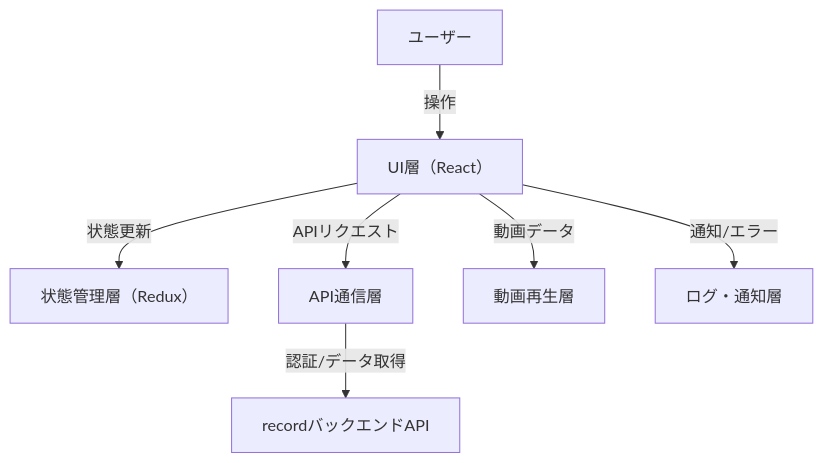
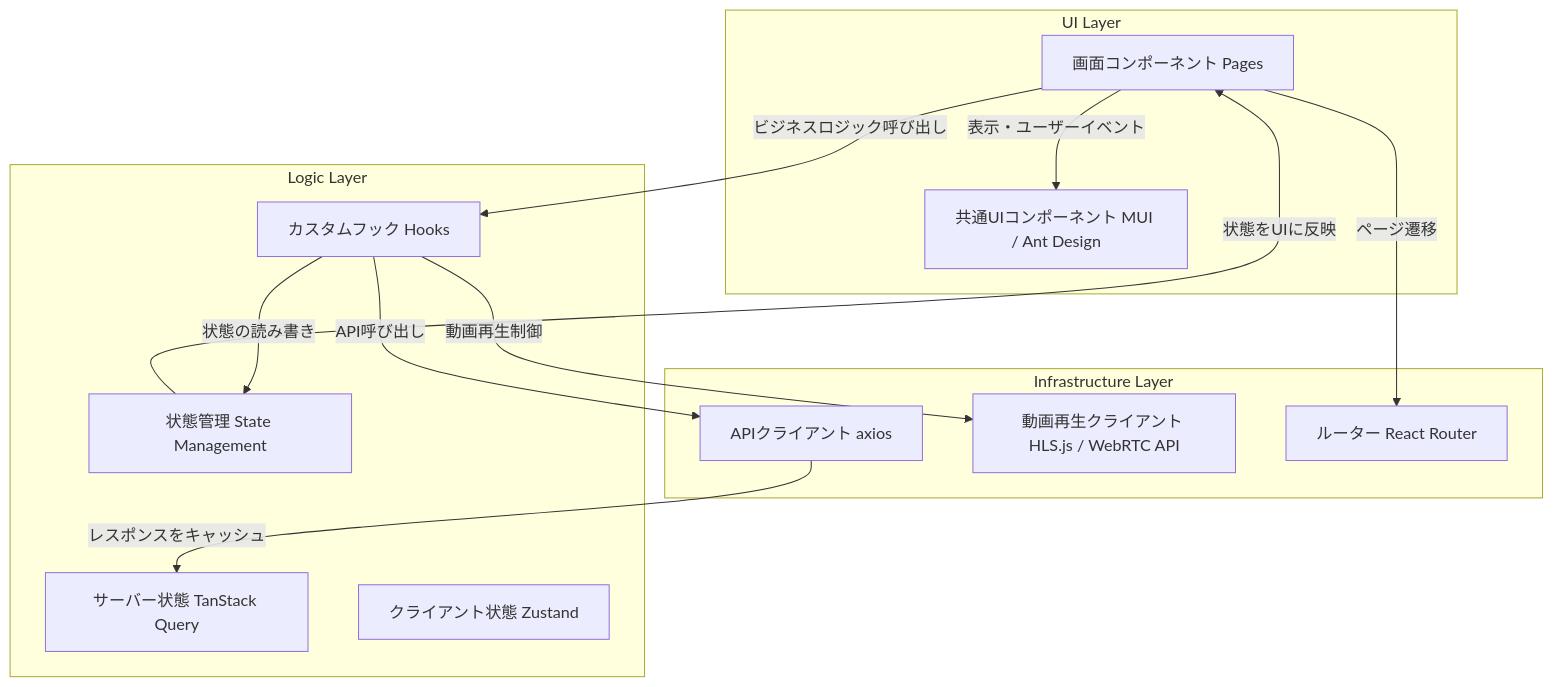
The second of 4 diagrams in src/frontend/docs/0020_基本設計書.md (daichiTAAA/EgocentricVision), drawn with Mermaid before and after one commit. The commit also changed other lines of this file, not shown here.

````diff
--- a/src/frontend/docs/0020_基本設計書.md
+++ b/src/frontend/docs/0020_基本設計書.md
@@ -22,9 +64,29 @@
 ```mermaid
-graph TD
-    A[ユーザー] -- 操作 --> B[UI層（React）]
-    B -- 状態更新 --> C[状態管理層（Redux）]
-    B -- APIリクエスト --> D[API通信層]
-    D -- 認証/データ取得 --> E[recordバックエンドAPI]
-    B -- 動画データ --> F[動画再生層]
-    B -- 通知/エラー --> G[ログ・通知層]
+graph TD  
+    subgraph UI Layer  
+        A[画面コンポーネント Pages]  
+        B[共通UIコンポーネント MUI / Ant Design]  
+    end
+
+    subgraph Logic Layer  
+        C[カスタムフック Hooks]  
+        D[状態管理 State Management]  
+        D_Server[サーバー状態 TanStack Query]  
+        D_Client[クライアント状態 Zustand]  
+    end
+
+    subgraph Infrastructure Layer  
+        E[APIクライアント axios]  
+        F[動画再生クライアント HLS.js / WebRTC API]  
+        G[ルーター React Router]  
+    end
+
+    A -- "表示・ユーザーイベント" --> B  
+    A -- "ビジネスロジック呼び出し" --> C  
+    C -- "状態の読み書き" --> D  
+    D -- "状態をUIに反映" --> A  
+    C -- "API呼び出し" --> E  
+    E -- "レスポンスをキャッシュ" --> D_Server  
+    C -- "動画再生制御" --> F  
+    A -- "ページ遷移" --> G
 ```
````
